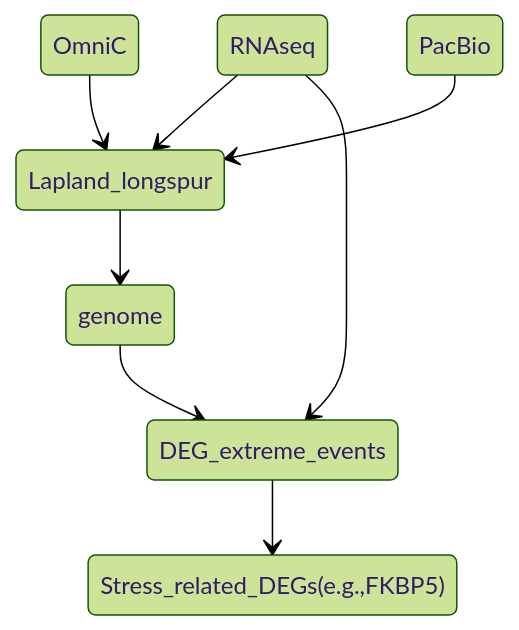
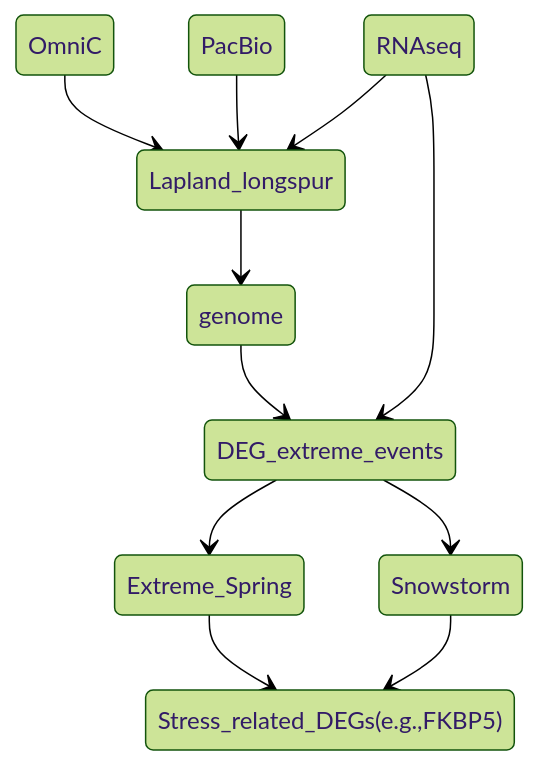
Before and after one commit to wzuhou/LALO_scripts: the diagram in README.md, drawn with Mermaid.

````diff
--- a/README.md
+++ b/README.md
@@ -17,15 +17,18 @@
 ```mermaid
 %%{init: {'theme':'forest'}}%%
 
 stateDiagram
     #[*] --> Lapland_longspur 
     #genome --> [*]
-    RNAseq --> Lapland_longspur
     OmniC --> Lapland_longspur
     PacBio --> Lapland_longspur
+    RNAseq --> Lapland_longspur
     Lapland_longspur --> genome
     genome --> DEG_extreme_events
     RNAseq --> DEG_extreme_events
-    DEG_extreme_events --> Stress_related_DEGs(e.g.,FKBP5)
+    DEG_extreme_events --> Extreme_Spring
+    DEG_extreme_events --> Snowstorm
+Extreme_Spring --> Stress_related_DEGs(e.g.,FKBP5)
+Snowstorm --> Stress_related_DEGs(e.g.,FKBP5)
 
 ```    
````
